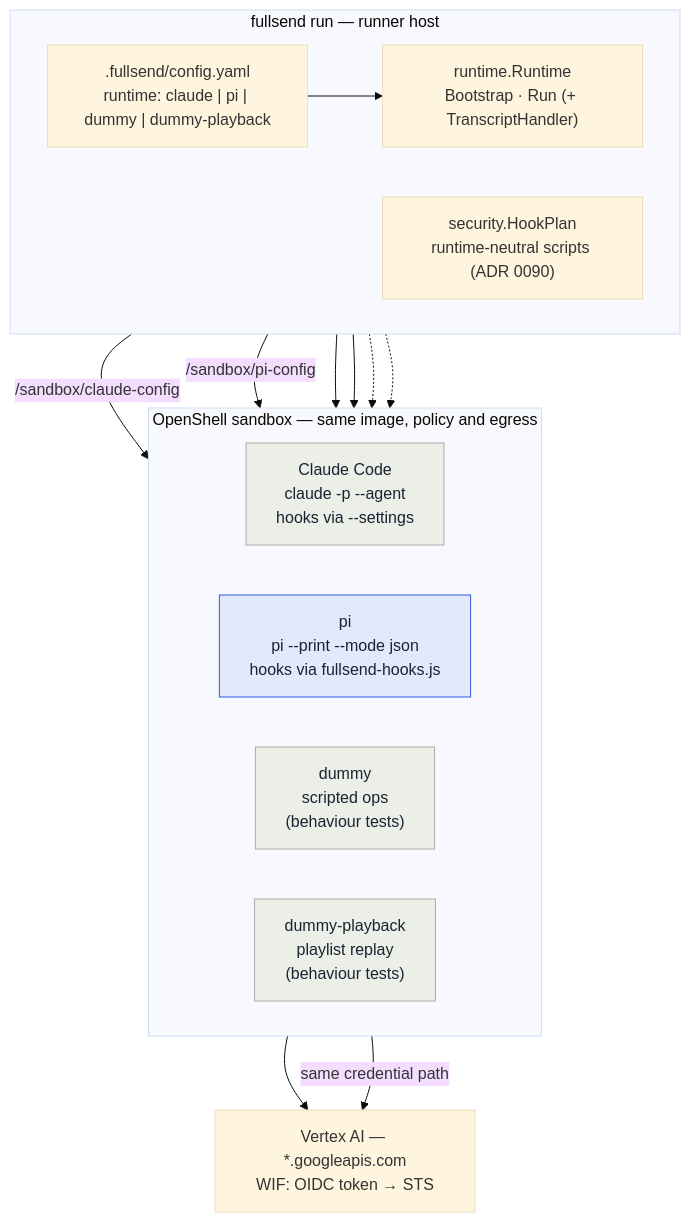
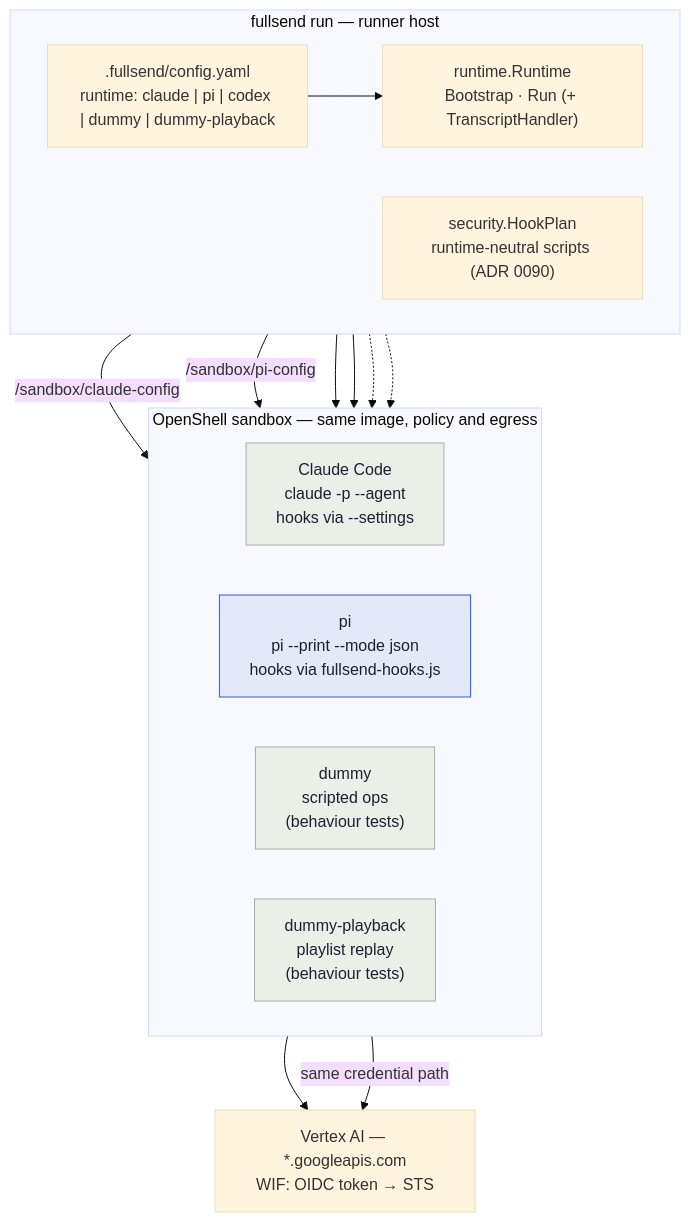
One commit to dhshah13/fullsend changed the first of 2 diagrams in docs/architecture.md. Above: the diagram before and after it, drawn with Mermaid (base theme). The commit also changed other lines of this file and 7 other files, not shown here.

````diff
--- a/docs/architecture.md
+++ b/docs/architecture.md
@@ -189,30 +189,30 @@
 ```mermaid
 flowchart TB
   subgraph RUNNER["fullsend run — runner host"]
     direction LR
-    CFG[".fullsend/config.yaml\nruntime: claude | pi | dummy | dummy-playback"]
+    CFG[".fullsend/config.yaml\nruntime: claude | pi | codex | dummy | dummy-playback"]
     RT["runtime.Runtime\nBootstrap · Run (+ TranscriptHandler)"]
     HOOKS["security.HookPlan\nruntime-neutral scripts (ADR 0090)"]
     CFG --> RT
   end
   subgraph SANDBOX["OpenShell sandbox — same image, policy and egress"]
     direction LR
     CC["Claude Code\nclaude -p --agent\nhooks via --settings"]
     PI["pi\npi --print --mode json\nhooks via fullsend-hooks.js"]
     DM["dummy\nscripted ops\n(behaviour tests)"]
     DP["dummy-playback\nplaylist replay\n(behaviour tests)"]
   end
   RT -->|"/sandbox/claude-config"| CC
   RT -->|"/sandbox/pi-config"| PI
   RT --> DM
   RT --> DP
   HOOKS -.-> CC
   HOOKS -.-> PI
   VX["Vertex AI — *.googleapis.com\nWIF: OIDC token → STS"]
   CC --> VX
   PI -->|"same credential path"| VX
   classDef opt fill:#e3e9fb,stroke:#2d5be3,color:#1b2230;
   classDef def fill:#eceee8,stroke:#a9afa4,color:#1b2230;
   class PI opt;
   class CC,DM,DP def;
 ```
````
